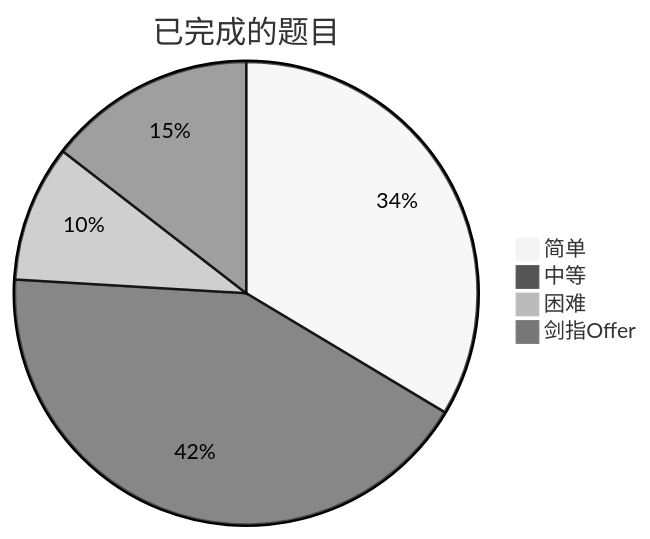
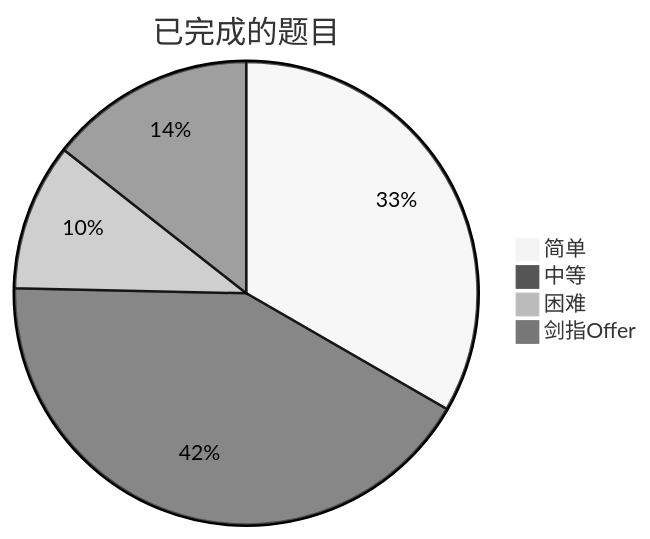
Before and after one commit to kaisa911/LeetCode: the diagram in README.md, drawn with Mermaid (neutral theme). The commit also changed other lines of this file and 11 other files, not shown here.

````diff
--- a/README.md
+++ b/README.md
@@ -9,7 +9,7 @@
 ```mermaid
 pie title 已完成的题目
     "简单" : 169
     "中等" : 213
-    "困难" : 48
+    "困难" : 52
     "剑指Offer" : 73
 ```
````
